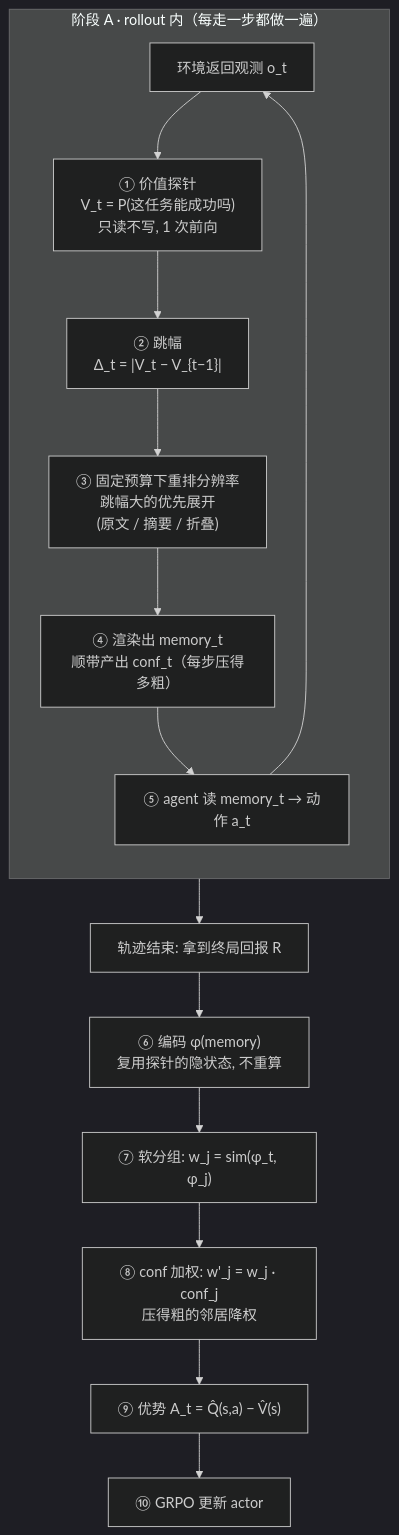
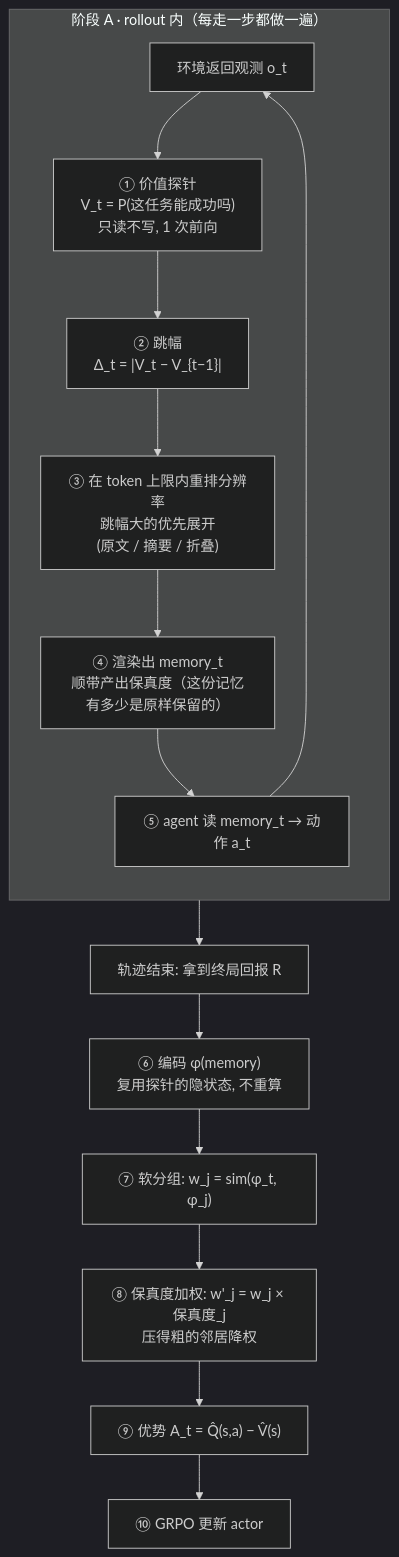
Before and after one commit to wuyi510627-droid/bipace_test: the diagram in memory压缩.md, drawn with Mermaid (dark theme). The commit also changed other lines of this file and 1 other file, not shown here.

Commit message:
docs: conf 统一为「保真度」、预算统一为「token 上限」

````diff
--- a/memory压缩.md
+++ b/memory压缩.md
@@ -69,18 +69,18 @@
 ```mermaid
 flowchart TD
     subgraph A["阶段 A · rollout 内（每走一步都做一遍）"]
         direction TB
         O["环境返回观测 o_t"] --> P["① 价值探针<br/>V_t = P(这任务能成功吗)<br/>只读不写, 1 次前向"]
         P --> J["② 跳幅<br/>Δ_t = |V_t − V_{t−1}|"]
-        J --> B1["③ 固定预算下重排分辨率<br/>跳幅大的优先展开<br/>(原文 / 摘要 / 折叠)"]
-        B1 --> M["④ 渲染出 memory_t<br/>顺带产出 conf_t（每步压得多粗）"]
+        J --> B1["③ 在 token 上限内重排分辨率<br/>跳幅大的优先展开<br/>(原文 / 摘要 / 折叠)"]
+        B1 --> M["④ 渲染出 memory_t<br/>顺带产出保真度（这份记忆有多少是原样保留的）"]
         M --> ACT["⑤ agent 读 memory_t → 动作 a_t"]
         ACT --> O
     end
     A --> R["轨迹结束: 拿到终局回报 R"]
     R --> S["⑥ 编码 φ(memory)<br/>复用探针的隐状态, 不重算"]
     S --> G1["⑦ 软分组: w_j = sim(φ_t, φ_j)"]
-    G1 --> C1["⑧ conf 加权: w'_j = w_j · conf_j<br/>压得粗的邻居降权"]
+    G1 --> C1["⑧ 保真度加权: w'_j = w_j × 保真度_j<br/>压得粗的邻居降权"]
     C1 --> AD["⑨ 优势 A_t = Q̂(s,a) − V̂(s)"]
     AD --> UP["⑩ GRPO 更新 actor"]
 ```
````
